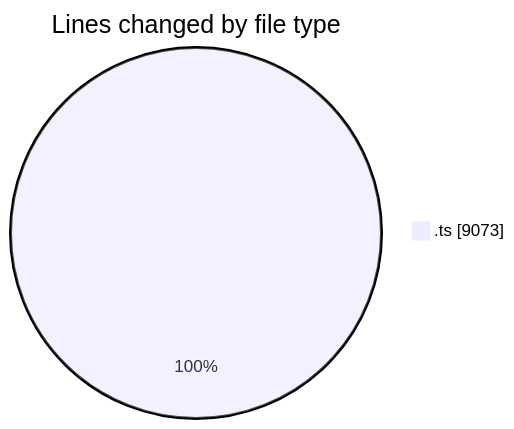
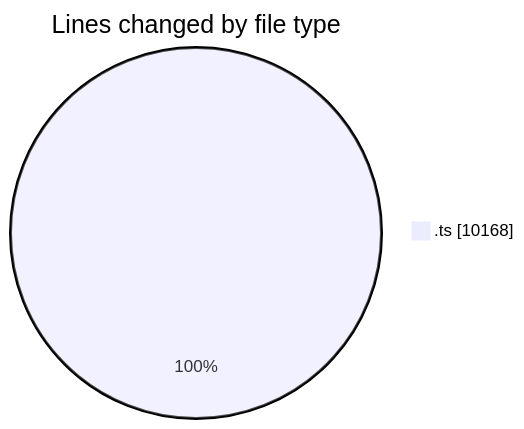
The first of 2 diagrams in 2026-02-09/singularitybrainai/README.md (tmsrecording-cyber/code-tracking), drawn with Mermaid before and after one commit. The commit also changed other lines of this file and 1 other file, not shown here.

````diff
--- a/2026-02-09/singularitybrainai/README.md
+++ b/2026-02-09/singularitybrainai/README.md
@@ -34,5 +35,5 @@
 ```mermaid
 pie showData
 title Lines changed by file type
-".ts" : 9073
+".ts" : 10168
 ```
````
